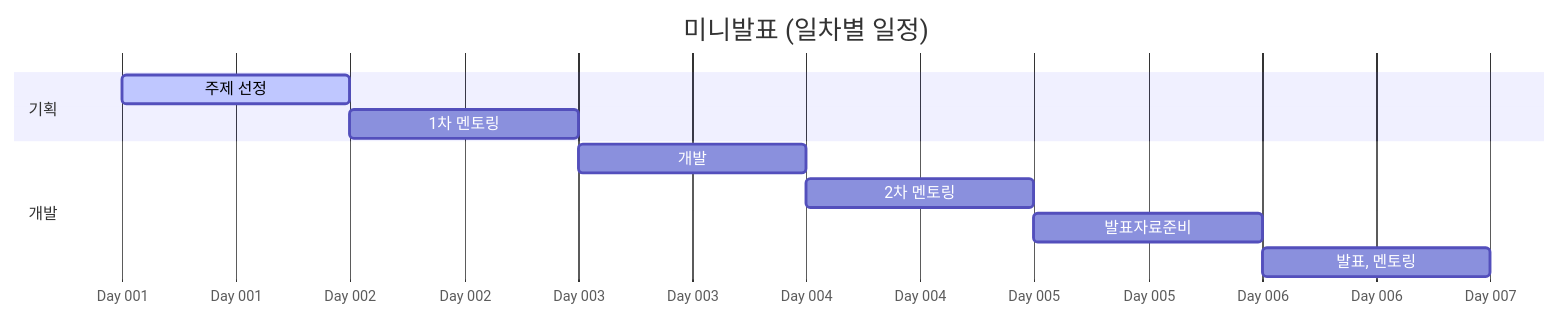
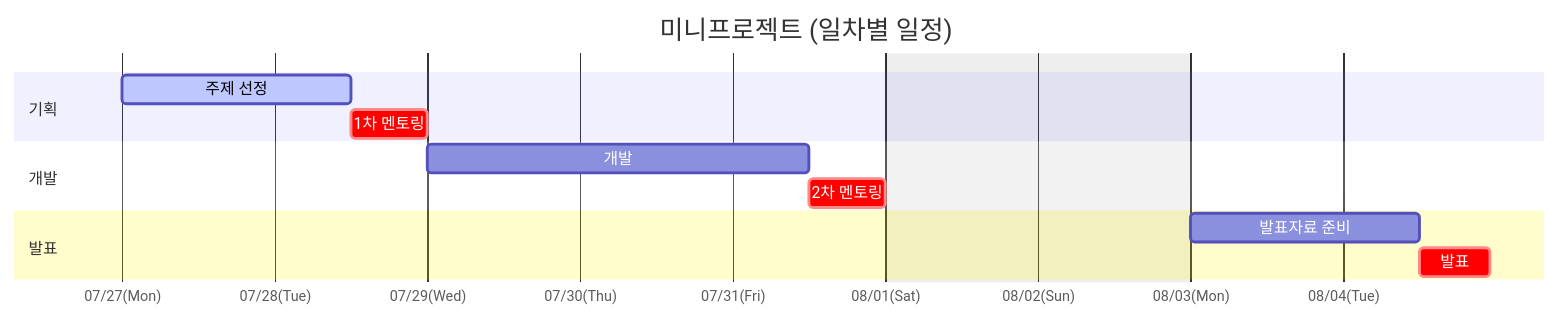
The first of 4 diagrams in profile/README.md (SAJOYO/.github), drawn with Mermaid before and after one commit. The commit also changed other lines of this file, not shown here.

Commit message:
Update mini-project gantt chart with half-day schedule

````diff
--- a/profile/README.md
+++ b/profile/README.md
@@ -3,20 +3,23 @@
 ```mermaid
 gantt
-    title 미니발표 (일차별 일정)
-    dateFormat  YYYY-MM-DD
-    
-    %% 축을 일수(Day 01, Day 05...) 형태로 표시하고 5일 단위로 눈금을 끕니다
-    axisFormat Day %j
-    tickInterval 5d
+    title 미니프로젝트 (일차별 일정)
+    dateFormat  YYYY-MM-DD HH:mm
+
+    %% 반나절 단위는 dateFormat에 시간을 넣어 표현합니다 (오전 09:00~13:00 / 오후 13:00~18:00)
+    axisFormat %m/%d(%a)
+    tickInterval 1day
+    excludes weekends
 
     section 기획
-    주제 선정                : active, a1, 2026-01-01, 1d
-    1차 멘토링               : a2, after a1, 1d
+    주제 선정                : active, a1, 2026-07-27 00:00, 2026-07-28 12:00
+    1차 멘토링               : crit, a2, 2026-07-28 12:00, 2026-07-29 00:00
 
     section 개발
-    개발                    : b1, after a2, 1d
-    2차 멘토링               : b2, after b1, 1d
-    발표자료준비              : b3, after b2, 1d
-    발표, 멘토링             : b4, after b3, 1d
+    개발                    : b1, 2026-07-29 00:00, 2026-07-31 12:00
+    2차 멘토링               : crit, b2, 2026-07-31 12:00, 2026-08-01 00:00
+
+    section 발표
+    발표자료 준비             : c1, 2026-08-03 00:00, 2026-08-04 12:00
+    발표                    : crit, c2, 2026-08-04 12:00, 2026-08-04 23:00
 
 ```
````
